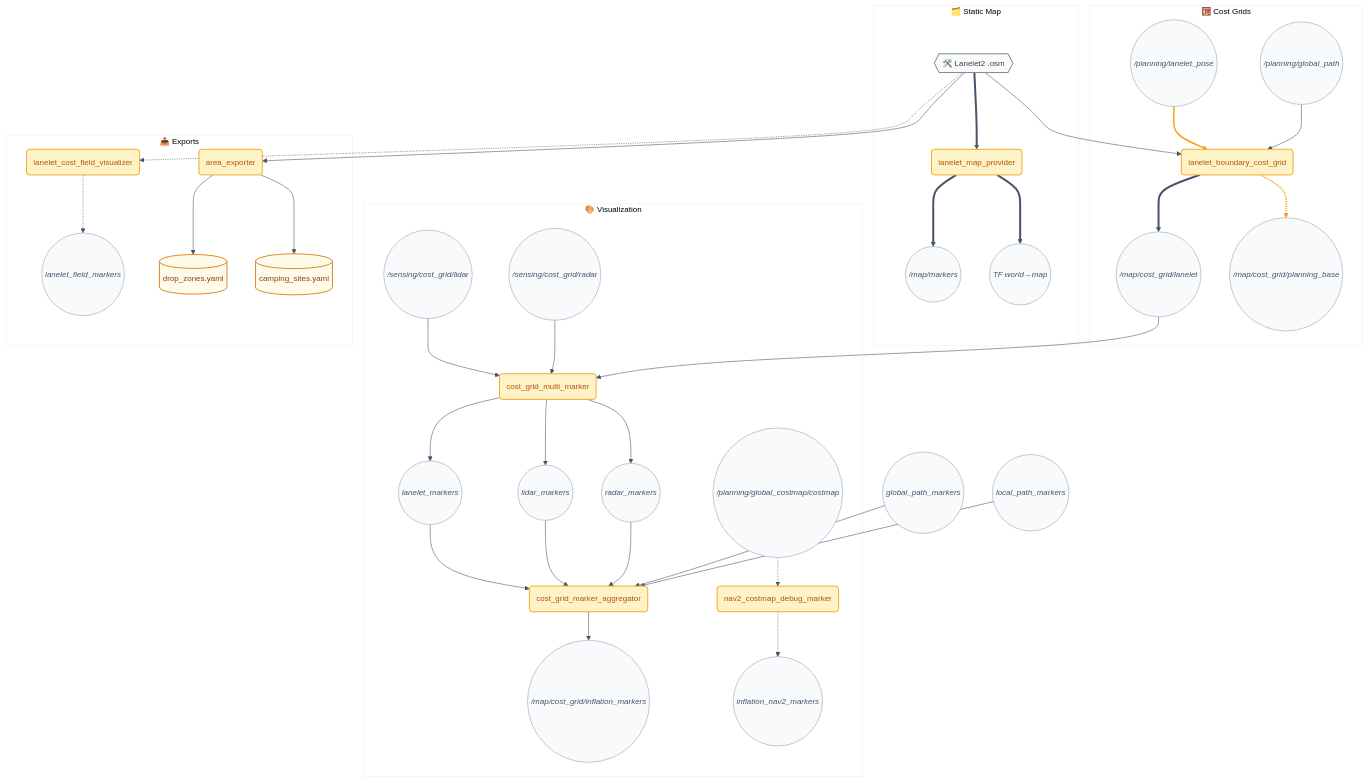
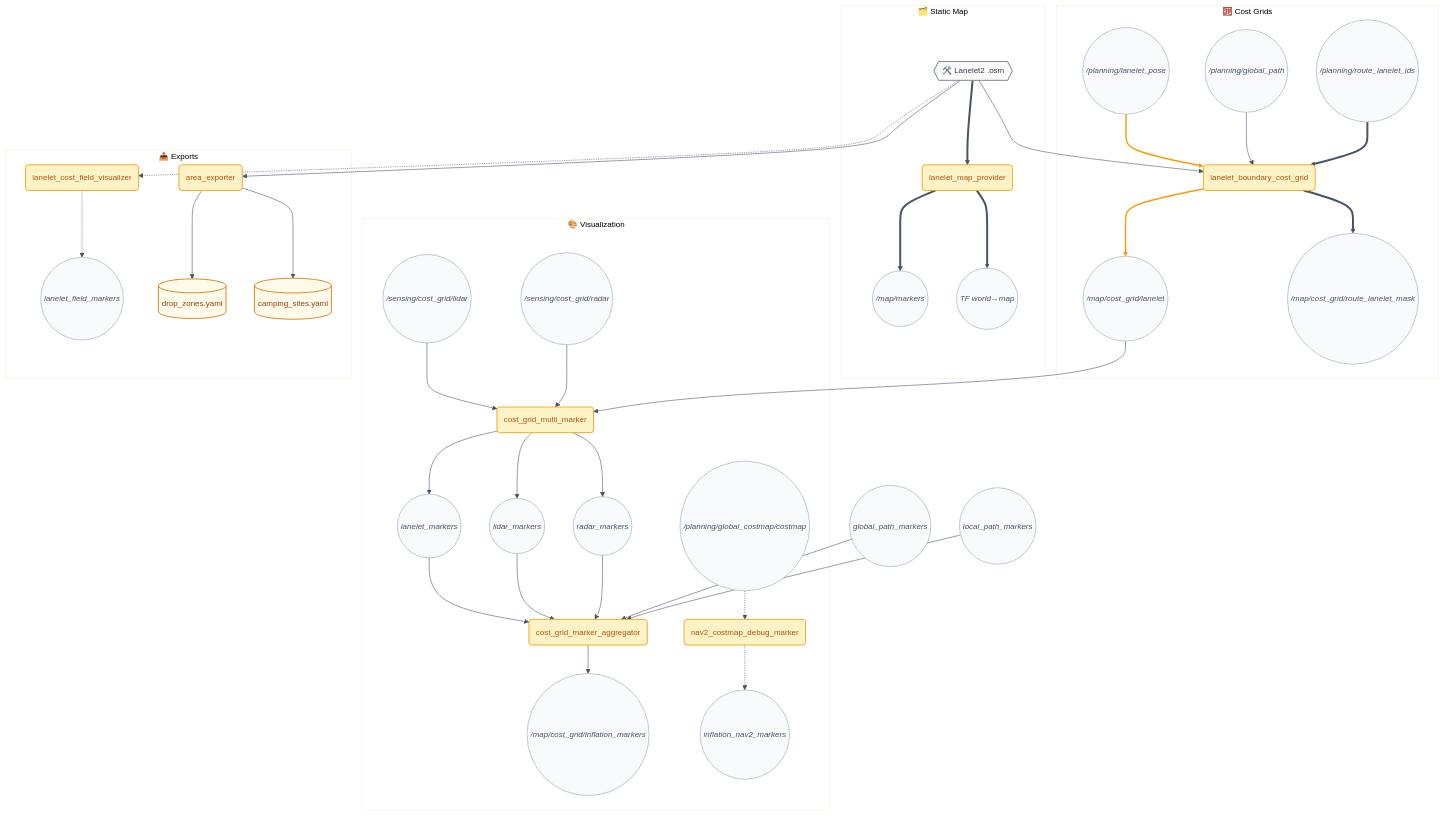
The second of 3 diagrams in camrod_map/README.md (hwanhonglee/CAMROD), drawn with Mermaid before and after one commit. The commit also changed other lines of this file and 48 other files, not shown here.

```diff
--- a/camrod_map/README.md
+++ b/camrod_map/README.md
@@ -117,7 +117,7 @@
   classDef perception   fill:#FCE7F3,stroke:#EC4899,stroke-width:1.5px,color:#9D174D;
   classDef planning     fill:#EEF2FF,stroke:#6366F1,stroke-width:1.5px,color:#4338CA;
   classDef platform     fill:#FEE2E2,stroke:#EF4444,stroke-width:1.5px,color:#B91C1C;
-  classDef docking      fill:#F5F3FF,stroke:#8B5CF6,stroke-width:1.5px,color:#6D28D9;
+  classDef parking      fill:#F5F3FF,stroke:#8B5CF6,stroke-width:1.5px,color:#6D28D9;
   classDef system       fill:#F1F5F9,stroke:#64748B,stroke-width:1.5px,color:#334155;
   classDef ui           fill:#FFF7ED,stroke:#F97316,stroke-width:1.5px,color:#C2410C;
   classDef topic        fill:#F8FAFC,stroke:#94A3B8,stroke-width:1px,color:#475569,font-style:italic;
@@ -136,15 +136,18 @@
   end
 
   subgraph GRID["🧮 Cost Grids"]
+    %% HH_260720 - Show the active-route mask and the independent all-lane planning base.
     LGRID(lanelet_boundary_cost_grid):::mapping
     POSE((/planning/lanelet_pose)):::topic
     GPATH((/planning/global_path)):::topic
+    RIDS((/planning/route_lanelet_ids)):::topic
     LCOST((/map/cost_grid/lanelet)):::topic
-    LBASE((/map/cost_grid/planning_base)):::topic
+    RMASK((/map/cost_grid/route_lanelet_mask)):::topic
     POSE --> LGRID
     GPATH --> LGRID
+    RIDS ==> LGRID
     LGRID ==> LCOST
-    LGRID -.-> LBASE
+    LGRID ==> RMASK
   end
 
   subgraph VIZ["🎨 Visualization"]
```
